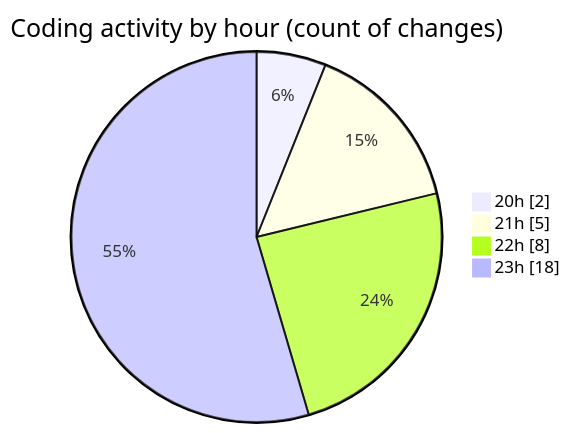
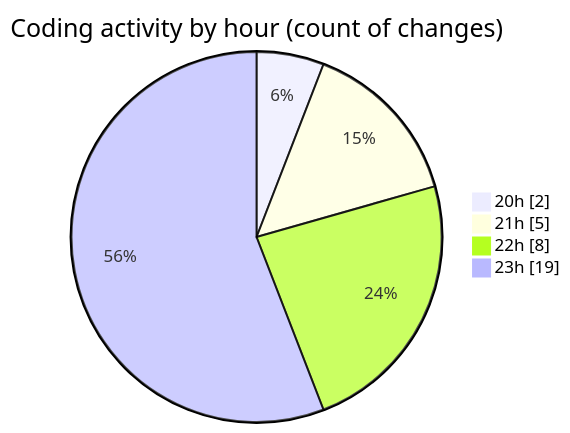
Before and after one commit to hasnaa123/code-tracking: the second of 2 diagrams in 2025-12-23/technologie_web/README.md, drawn with Mermaid. The commit also changed other lines of this file and 1 other file, not shown here.

````diff
--- a/2025-12-23/technologie_web/README.md
+++ b/2025-12-23/technologie_web/README.md
@@ -28,8 +28,8 @@
 ```mermaid
 pie showData
 title Coding activity by hour (count of changes)
 "20h" : 2
 "21h" : 5
 "22h" : 8
-"23h" : 18
+"23h" : 19
 ```
````
